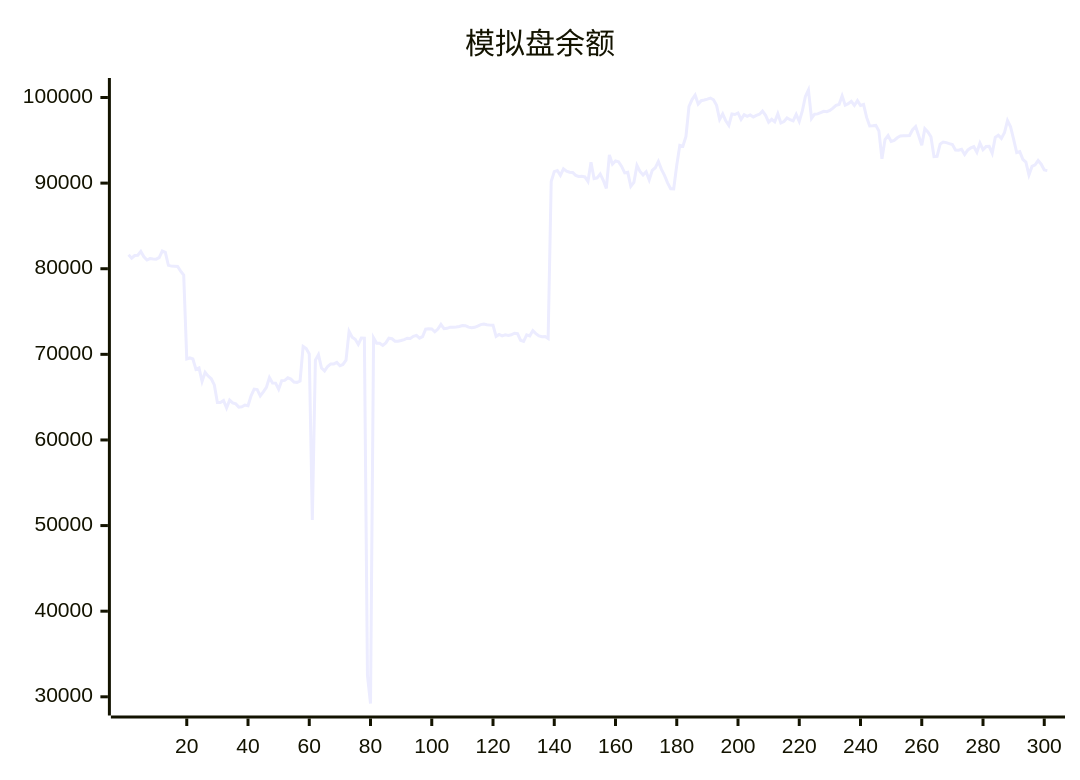
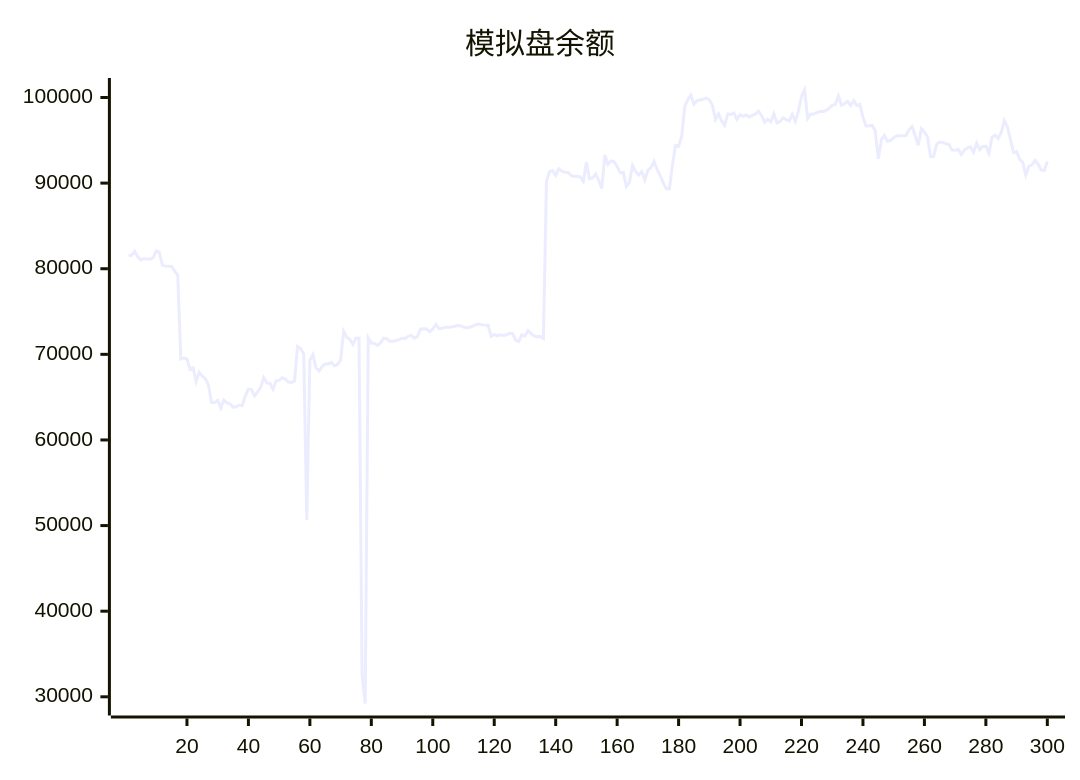
One commit to aahl/ai-trading changed the diagram in README.md. Above: the diagram before and after it, drawn with Mermaid. The commit also changed other lines of this file and 1 other file, not shown here.

````diff
--- a/README.md
+++ b/README.md
@@ -5,5 +5,5 @@
 ```mermaid
 xychart
     title "模拟盘余额"
-    line [81625,81233,81544,81578,82016,81401,81019,81186,81130,81118,81306,82066,81909,80392,80304,80291,80258,79729,79261,69466,69579,69456,68251,68415,66832,67911,67462,67144,66432,64380,64375,64606,63740,64647,64324,64216,63842,63877,64078,64008,65156,65945,65888,65157,65625,66144,67284,66653,66639,65924,66925,66956,67263,67108,66766,66729,66886,70927,70673,70049,50652,69334,69973,68400,68061,68578,68876,68879,69055,68662,68822,69329,72687,71999,71760,71162,71911,71896,32500,29218,71927,71297,71305,71044,71337,71883,71822,71536,71536,71622,71723,71880,71860,72100,72216,71887,72077,72940,72976,72966,72638,72948,73497,73004,73041,73173,73160,73186,73258,73375,73351,73173,73098,73161,73305,73474,73536,73457,73413,73412,72100,72333,72164,72272,72204,72285,72461,72421,71652,71521,72267,72157,72774,72424,72144,72060,72091,71858,90185,91338,91466,90900,91678,91404,91268,91244,90903,90779,90787,90721,90187,92429,90518,90619,91070,90328,89376,93286,92202,92581,92485,91947,91196,91259,89619,90086,92063,91355,90950,91327,90373,91498,91800,92531,91603,90910,90031,89351,89334,92097,94406,94315,95455,98972,99763,100286,99229,99622,99701,99805,99938,99738,99082,97430,98094,97267,96741,98081,98013,98194,97447,97983,97789,97969,97729,97911,98043,98405,97912,97120,97448,97154,98095,97021,97190,97616,97402,97263,98035,97210,98424,100120,100876,97552,98049,98085,98228,98388,98342,98488,98750,99086,99181,100188,99107,99272,99553,99072,99636,99061,99186,97674,96679,96704,96743,96096,92830,95088,95560,94866,94995,95295,95497,95531,95527,95559,96236,96597,95538,94422,96363,95972,95418,93094,93128,94558,94795,94727,94611,94508,93857,93852,93954,93340,93862,94112,94249,93603,94682,93898,94267,94288,93490,95337,95601,95226,95879,97301,96573,95113,93569,93681,92773,92453,90952,91954,92130,92637,92209,91536,91462]
+    line [81543,81578,82016,81401,81018,81185,81130,81117,81306,82065,81908,80391,80304,80291,80257,79728,79261,69465,69578,69456,68251,68415,66832,67910,67461,67143,66432,64380,64374,64605,63740,64647,64323,64216,63841,63876,64078,64008,65156,65944,65887,65157,65625,66144,67284,66653,66639,65923,66924,66956,67263,67108,66765,66729,66886,70927,70673,70049,50652,69334,69973,68399,68061,68577,68876,68878,69055,68661,68822,69328,72687,71999,71760,71162,71911,71896,32500,29218,71927,71296,71304,71044,71337,71883,71821,71535,71535,71621,71723,71879,71860,72099,72216,71887,72076,72940,72975,72966,72638,72948,73497,73004,73041,73173,73160,73186,73257,73375,73350,73173,73098,73160,73305,73474,73535,73457,73413,73411,72099,72333,72163,72272,72203,72284,72460,72420,71652,71521,72267,72156,72774,72424,72143,72059,72090,71858,90185,91338,91465,90900,91678,91404,91268,91243,90903,90779,90787,90721,90187,92429,90517,90619,91070,90328,89376,93285,92201,92581,92485,91947,91196,91259,89619,90086,92062,91355,90950,91327,90373,91498,91800,92531,91603,90910,90030,89351,89334,92096,94406,94314,95455,98971,99762,100286,99229,99622,99701,99804,99937,99738,99081,97430,98093,97267,96741,98081,98013,98194,97446,97983,97789,97969,97728,97911,98043,98404,97911,97119,97448,97154,98095,97021,97190,97616,97401,97262,98035,97210,98423,100120,100876,97552,98049,98084,98228,98387,98342,98488,98749,99085,99180,100188,99106,99271,99553,99072,99635,99060,99185,97673,96678,96703,96742,96096,92830,95087,95560,94866,94995,95295,95497,95531,95526,95558,96236,96597,95538,94421,96362,95972,95418,93094,93127,94557,94794,94727,94611,94508,93856,93851,93954,93339,93861,94111,94248,93603,94682,93897,94267,94287,93490,95337,95601,95225,95878,97301,96573,95113,93568,93680,92772,92452,90952,91953,92130,92636,92208,91535,91462,92531]
 ```
````
